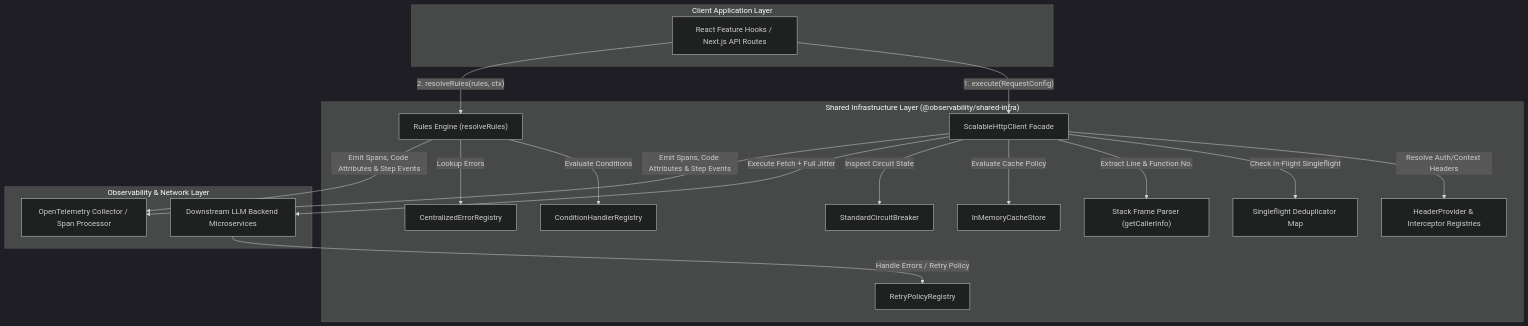
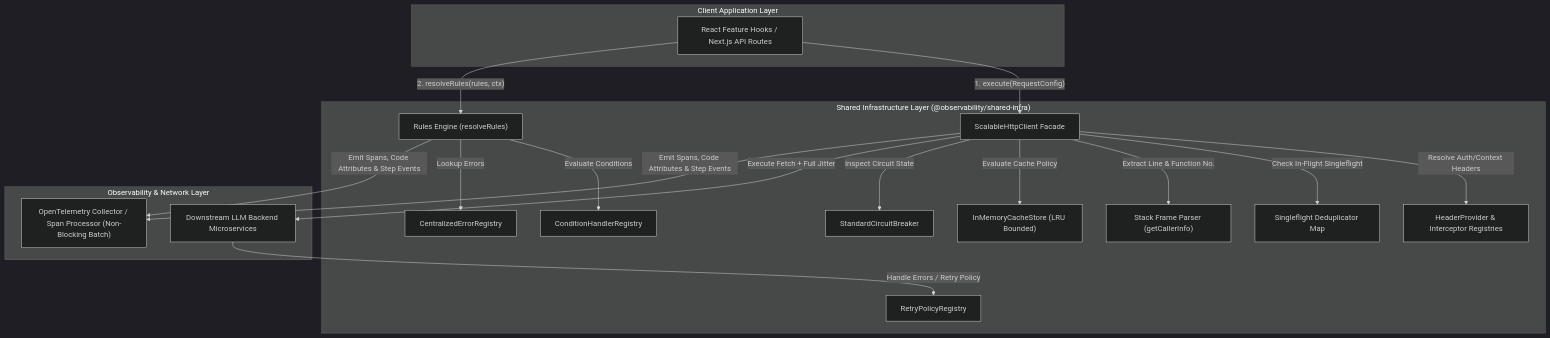
One commit to Chief-Strategist-J/llm-observability-platform changed the first of 3 diagrams in packages/node/shared-infra/docs/adr/0001-scalable-resilient-telemetry-http-pipeline.md. Above: the diagram before and after it, drawn with Mermaid (dark theme). The commit also changed other lines of this file and 4 other files, not shown here.

Commit message:
feat(security): refactor for pragmatic readability, add tenant-isolated singleflight keying, credential redaction, SSRF validation, LRU eviction, and OTEL backpressure docs

````diff
--- a/packages/node/shared-infra/docs/adr/0001-scalable-resilient-telemetry-http-pipeline.md
+++ b/packages/node/shared-infra/docs/adr/0001-scalable-resilient-telemetry-http-pipeline.md
@@ -38,38 +38,38 @@
 ```mermaid
 graph TD
   subgraph ClientApp ["Client Application Layer"]
     FE["React Feature Hooks / Next.js API Routes"]
   end
 
   subgraph SharedInfra ["Shared Infrastructure Layer (@observability/shared-infra)"]
     HTTP["ScalableHttpClient Facade"]
     RE["Rules Engine (resolveRules)"]
     REG["HeaderProvider & Interceptor Registries"]
     SF["Singleflight Deduplicator Map"]
     CB["StandardCircuitBreaker"]
-    CACHE["InMemoryCacheStore"]
+    CACHE["InMemoryCacheStore (LRU Bounded)"]
     RETRY["RetryPolicyRegistry"]
     COND["ConditionHandlerRegistry"]
     ERR["CentralizedErrorRegistry"]
     CALLER["Stack Frame Parser (getCallerInfo)"]
   end
 
   subgraph ObsNet ["Observability & Network Layer"]
-    OTEL["OpenTelemetry Collector / Span Processor"]
+    OTEL["OpenTelemetry Collector / Span Processor (Non-Blocking Batch)"]
     NET["Downstream LLM Backend Microservices"]
   end
 
   FE -->|"1. execute(RequestConfig)"| HTTP
   FE -->|"2. resolveRules(rules, ctx)"| RE
   HTTP -->|"Resolve Auth/Context Headers"| REG
   HTTP -->|"Check In-Flight Singleflight"| SF
   HTTP -->|"Extract Line & Function No."| CALLER
   HTTP -->|"Evaluate Cache Policy"| CACHE
   HTTP -->|"Inspect Circuit State"| CB
   HTTP -->|"Execute Fetch + Full Jitter"| NET
   NET -->|"Handle Errors / Retry Policy"| RETRY
   RE -->|"Evaluate Conditions"| COND
   RE -->|"Lookup Errors"| ERR
   HTTP -->|"Emit Spans, Code Attributes & Step Events"| OTEL
   RE -->|"Emit Spans, Code Attributes & Step Events"| OTEL
 ```
````
